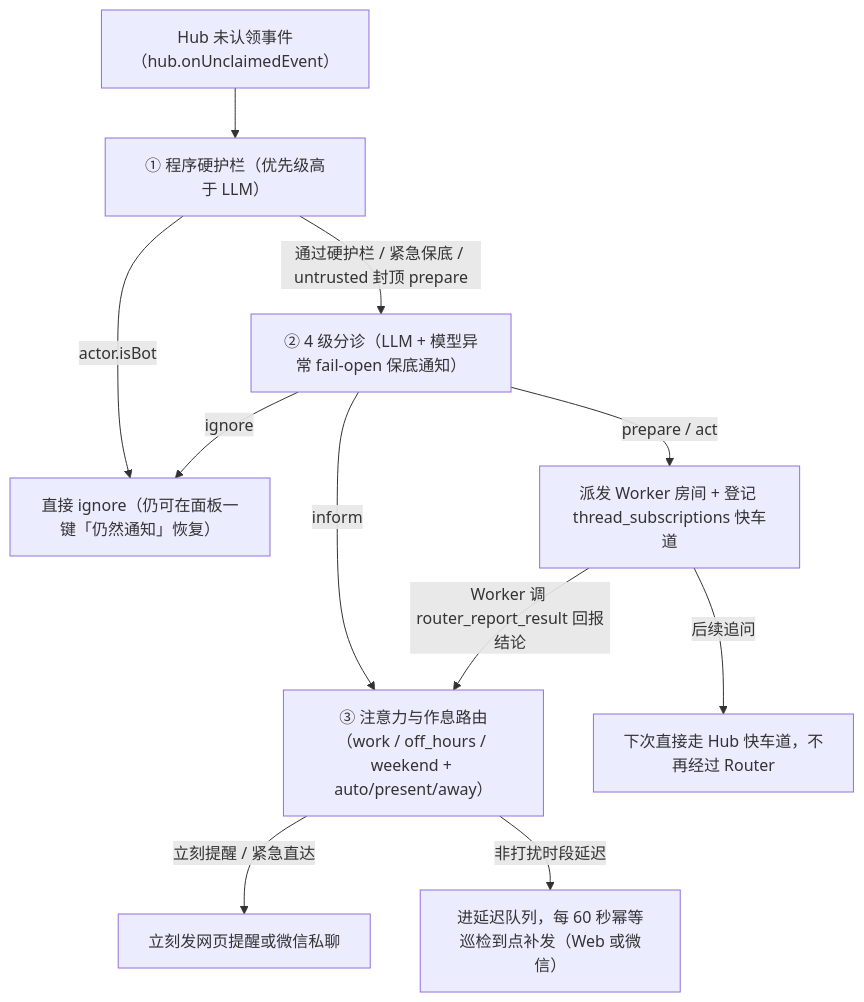
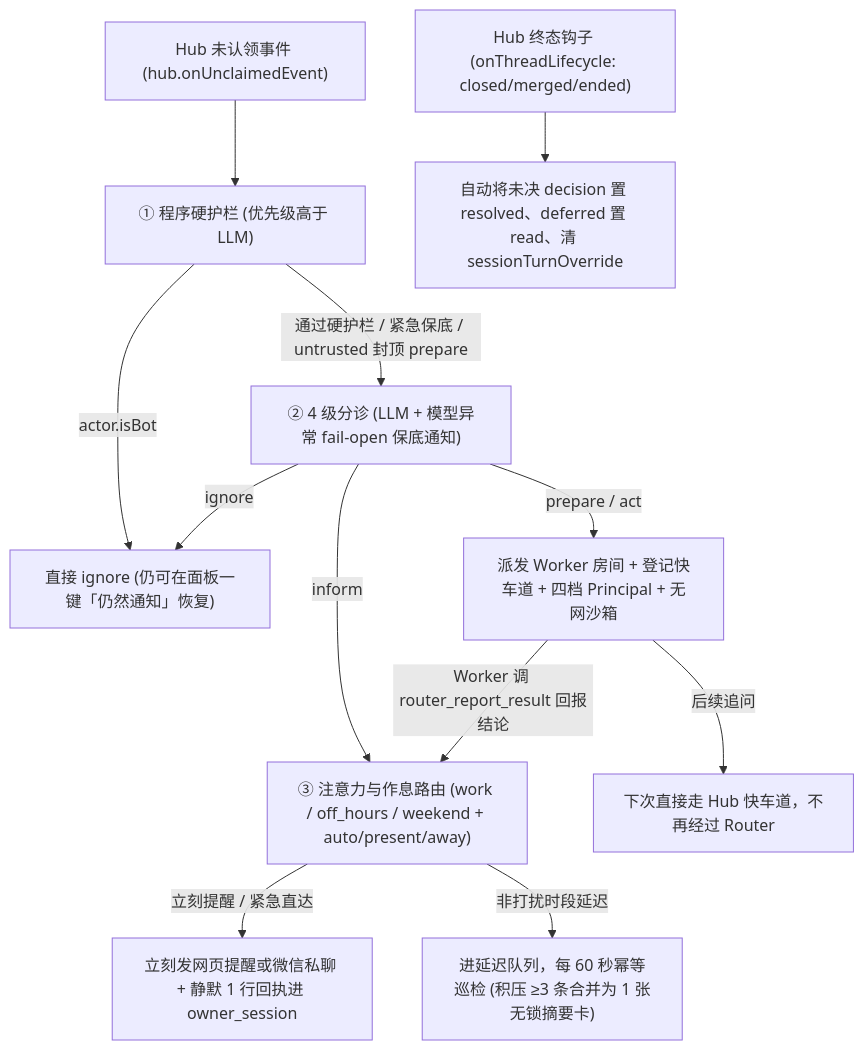
One commit to V1ki/dsh-watcher changed the first of 8 diagrams in docs/02-消息流转全过程.md. Above: the diagram before and after it, drawn with Mermaid. The commit also changed other lines of this file and 5 other files, not shown here.

Commit message:
docs: update architecture, message flows, security gates, and outbound docs for HubVault and Router refactor

````diff
--- a/docs/02-消息流转全过程.md
+++ b/docs/02-消息流转全过程.md
@@ -31,13 +32,14 @@
 ```mermaid
 flowchart TD
-    E["Hub 未认领事件（hub.onUnclaimedEvent）"] --> G["① 程序硬护栏（优先级高于 LLM）"]
-    G -->|"actor.isBot"| IG["直接 ignore（仍可在面板一键「仍然通知」恢复）"]
-    G -->|"通过硬护栏 / 紧急保底 / untrusted 封顶 prepare"| T["② 4 级分诊（LLM + 模型异常 fail-open 保底通知）"]
+    E["Hub 未认领事件 (hub.onUnclaimedEvent)"] --> G["① 程序硬护栏 (优先级高于 LLM)"]
+    G -->|"actor.isBot"| IG["直接 ignore (仍可在面板一键「仍然通知」恢复)"]
+    G -->|"通过硬护栏 / 紧急保底 / untrusted 封顶 prepare"| T["② 4 级分诊 (LLM + 模型异常 fail-open 保底通知)"]
     T -->|"ignore"| IG
-    T -->|"inform"| AP["③ 注意力与作息路由（work / off_hours / weekend + auto/present/away）"]
-    T -->|"prepare / act"| W["派发 Worker 房间 + 登记 thread_subscriptions 快车道"]
+    T -->|"inform"| AP["③ 注意力与作息路由 (work / off_hours / weekend + auto/present/away)"]
+    T -->|"prepare / act"| W["派发 Worker 房间 + 登记快车道 + 四档 Principal + 无网沙箱"]
     W -->|"后续追问"| FAST["下次直接走 Hub 快车道，不再经过 Router"]
     W -->|"Worker 调 router_report_result 回报结论"| AP
-    AP -->|"立刻提醒 / 紧急直达"| NOW["立刻发网页提醒或微信私聊"]
-    AP -->|"非打扰时段延迟"| DEF["进延迟队列，每 60 秒幂等巡检到点补发（Web 或微信）"]
+    AP -->|"立刻提醒 / 紧急直达"| NOW["立刻发网页提醒或微信私聊 + 静默 1 行回执进 owner_session"]
+    AP -->|"非打扰时段延迟"| DEF["进延迟队列，每 60 秒幂等巡检 (积压 ≥3 条合并为 1 张无锁摘要卡)"]
+    LIFE["Hub 终态钩子 (onThreadLifecycle: closed/merged/ended)"] --> CLOSE["自动将未决 decision 置 resolved、deferred 置 read、清 sessionTurnOverride"]
 ```
````
